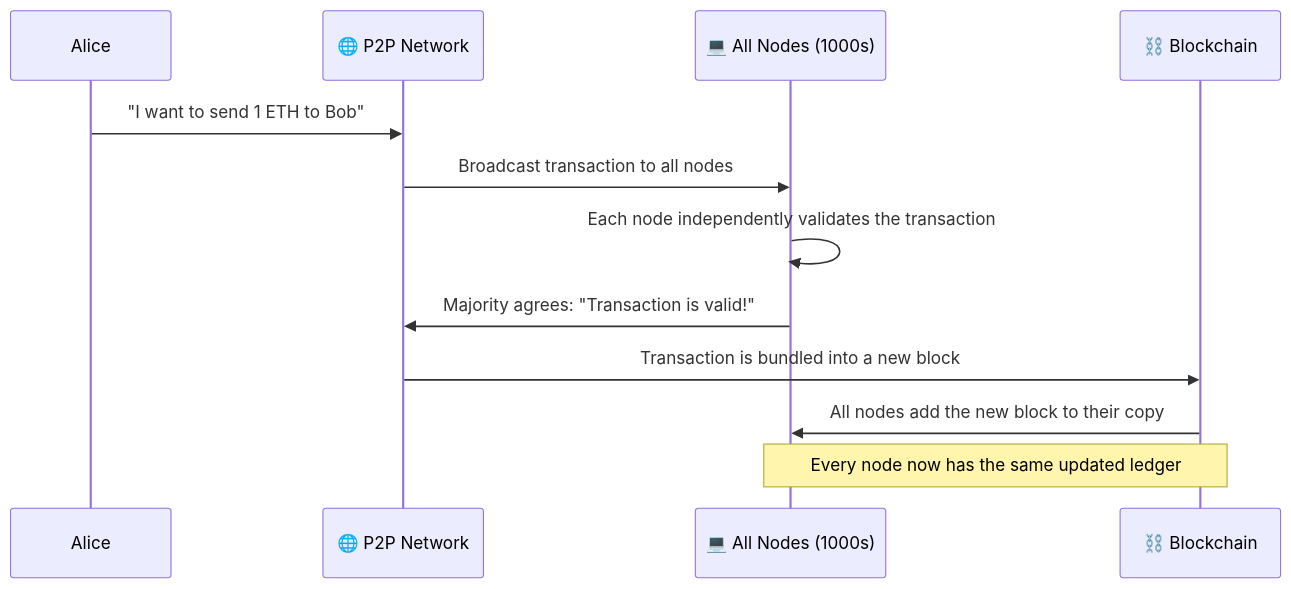
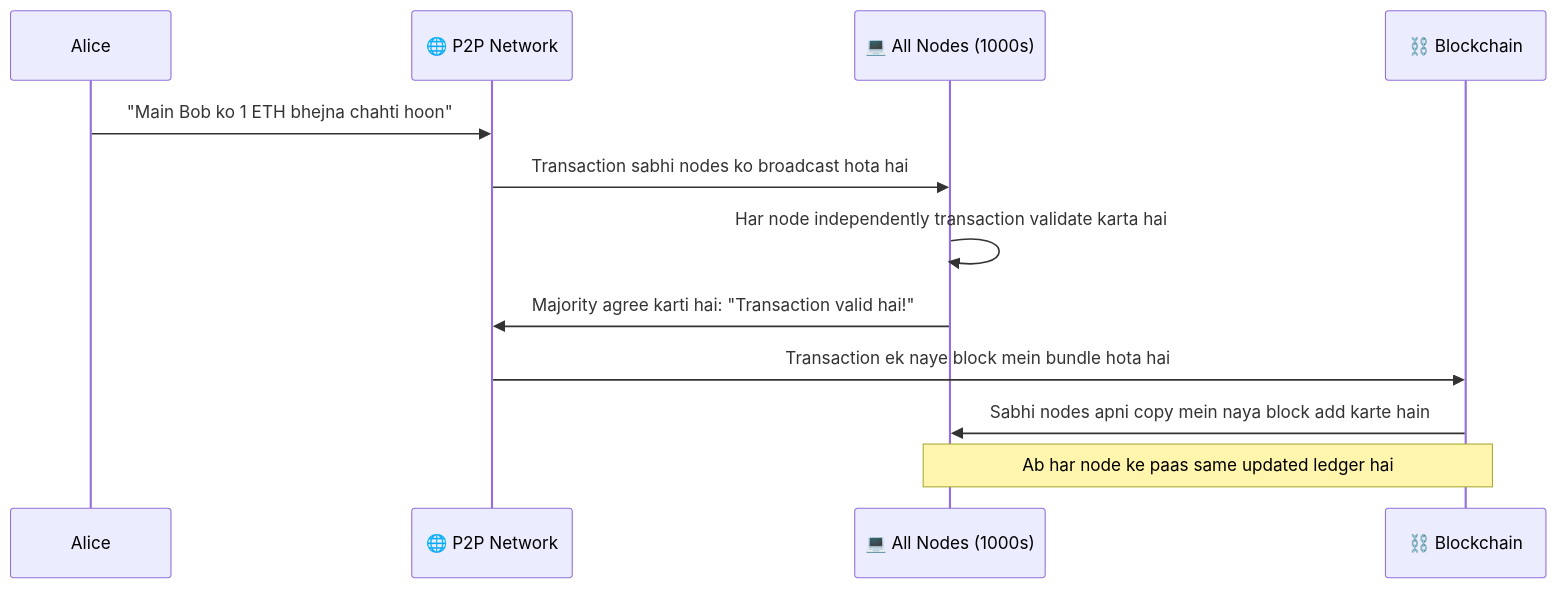
Before and after one commit to Siddesh-Pansare93/dev-notes: the third of 4 diagrams in web3/blockchain-fundamentals/01-what-is-blockchain.md, drawn with Mermaid. The commit also changed other lines of this file and 248 other files, not shown here.

````diff
--- a/web3/blockchain-fundamentals/01-what-is-blockchain.md
+++ b/web3/blockchain-fundamentals/01-what-is-blockchain.md
@@ -203,15 +207,15 @@
 ```mermaid
 sequenceDiagram
     participant Alice
     participant Network as 🌐 P2P Network
     participant Nodes as 💻 All Nodes (1000s)
     participant Chain as ⛓️ Blockchain
 
-    Alice->>Network: "I want to send 1 ETH to Bob"
-    Network->>Nodes: Broadcast transaction to all nodes
-    Nodes->>Nodes: Each node independently validates the transaction
-    Nodes->>Network: Majority agrees: "Transaction is valid!"
-    Network->>Chain: Transaction is bundled into a new block
-    Chain->>Nodes: All nodes add the new block to their copy
-    Note over Chain, Nodes: Every node now has the same updated ledger
+    Alice->>Network: "Main Bob ko 1 ETH bhejna chahti hoon"
+    Network->>Nodes: Transaction sabhi nodes ko broadcast hota hai
+    Nodes->>Nodes: Har node independently transaction validate karta hai
+    Nodes->>Network: Majority agree karti hai: "Transaction valid hai!"
+    Network->>Chain: Transaction ek naye block mein bundle hota hai
+    Chain->>Nodes: Sabhi nodes apni copy mein naya block add karte hain
+    Note over Chain, Nodes: Ab har node ke paas same updated ledger hai
 ```
````
